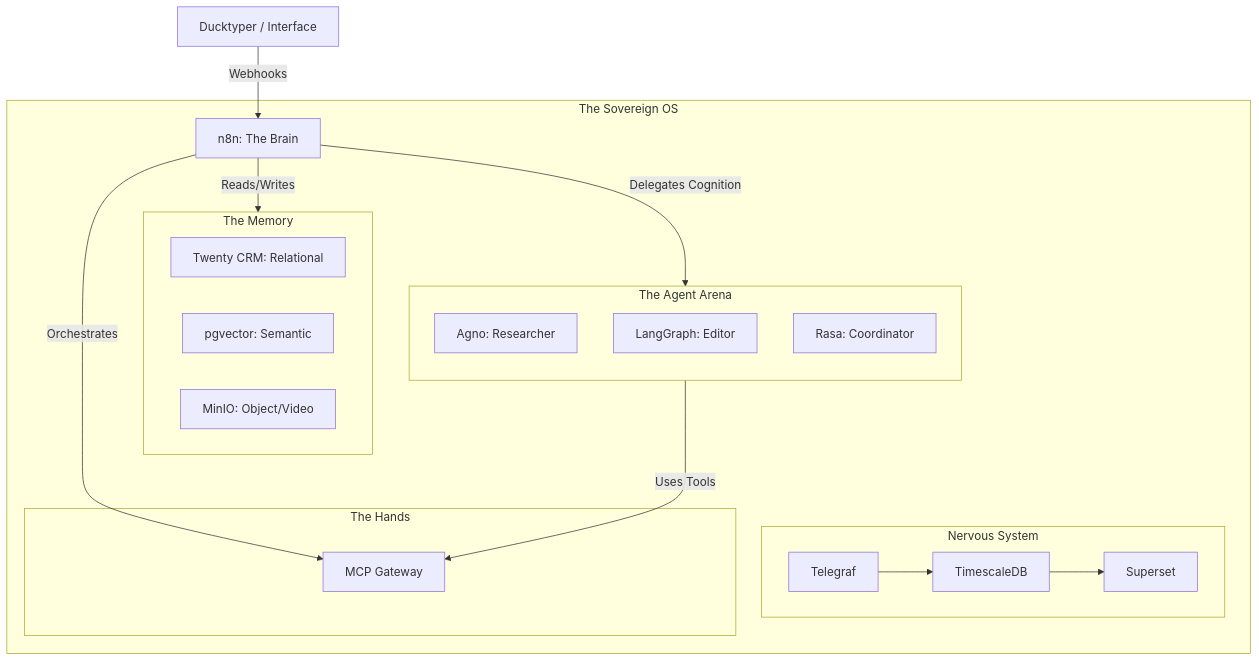
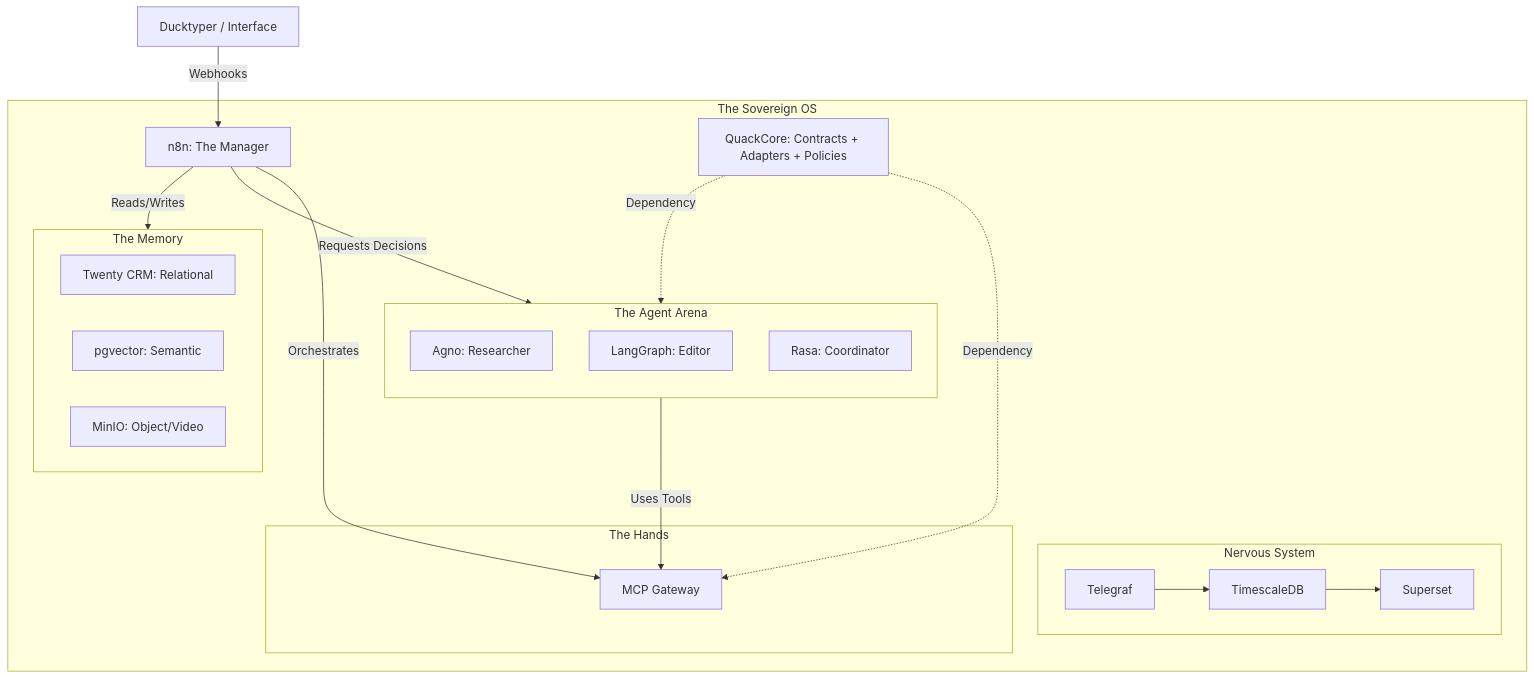
Before and after one commit to ducktyper-ai/quackverse: the diagram in quack-showrunner/README.md, drawn with Mermaid. The commit also changed other lines of this file, not shown here.

````diff
--- a/quack-showrunner/README.md
+++ b/quack-showrunner/README.md
@@ -56,37 +59,41 @@
 ```mermaid
 graph TD
     User[Ducktyper / Interface] -->|Webhooks| N8N
     
     subgraph Quackshowrunner [The Sovereign OS]
-        N8N[n8n: The Brain]
+        N8N[n8n: The Manager]
         
         subgraph NervousSystem [Nervous System]
             Telegraf --> TimescaleDB
             TimescaleDB --> Superset
         end
         
         subgraph Memory [The Memory]
             Twenty[Twenty CRM: Relational]
             PGVector[pgvector: Semantic]
             MinIO[MinIO: Object/Video]
         end
         
         subgraph AgentArena [The Agent Arena]
             direction TB
             Agno[Agno: Researcher]
             Lang[LangGraph: Editor]
             Rasa[Rasa: Coordinator]
         end
         
         subgraph Hands [The Hands]
             MCP[MCP Gateway]
         end
         
+        QC[QuackCore: Contracts + Adapters + Policies]
+        QC -.->|Dependency| AgentArena
+        QC -.->|Dependency| MCP
+        
         N8N -->|Orchestrates| MCP
-        N8N -->|Delegates Cognition| AgentArena
+        N8N -->|Requests Decisions| AgentArena
         N8N -->|Reads/Writes| Memory
         
         AgentArena -->|Uses Tools| MCP
     end
 
 ```
````
